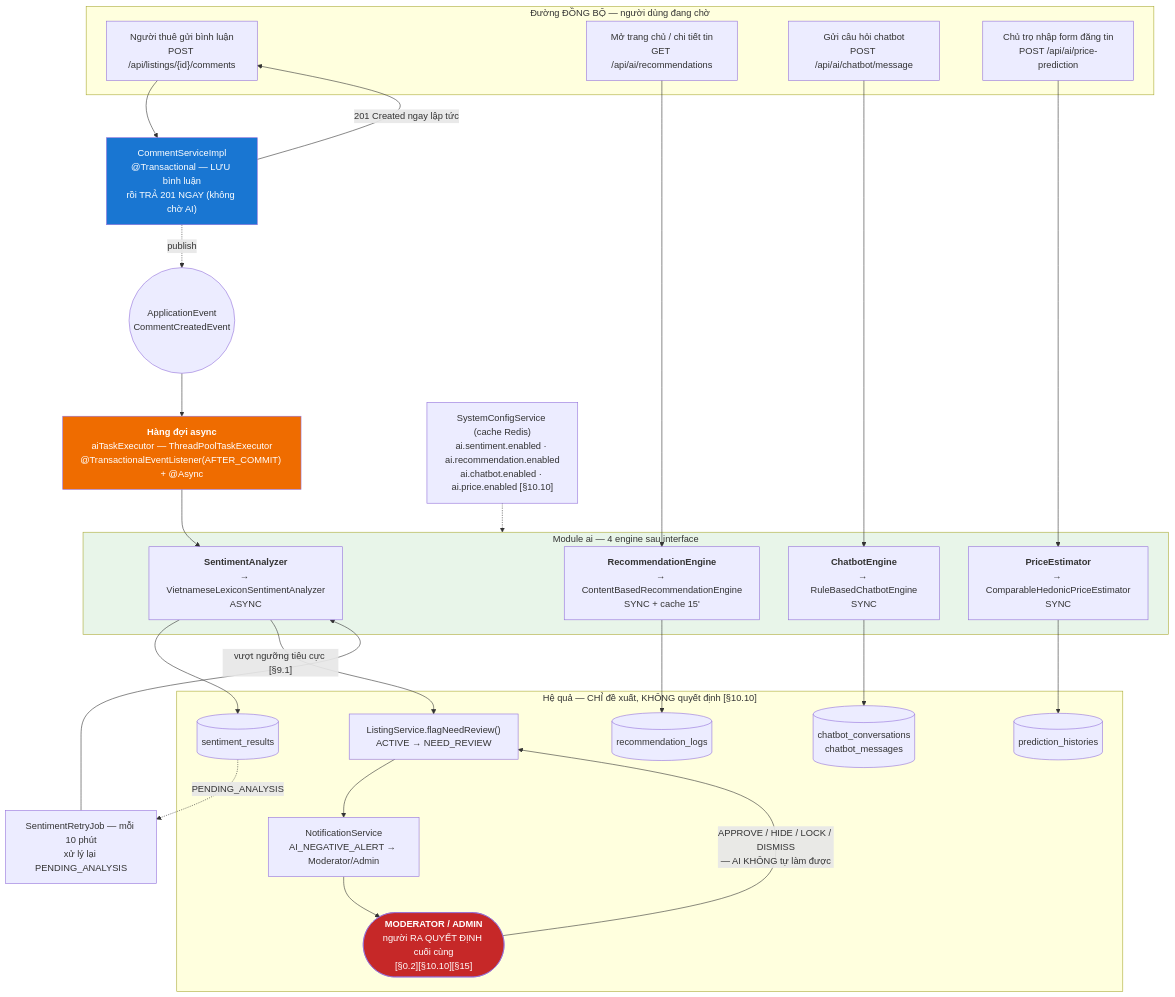
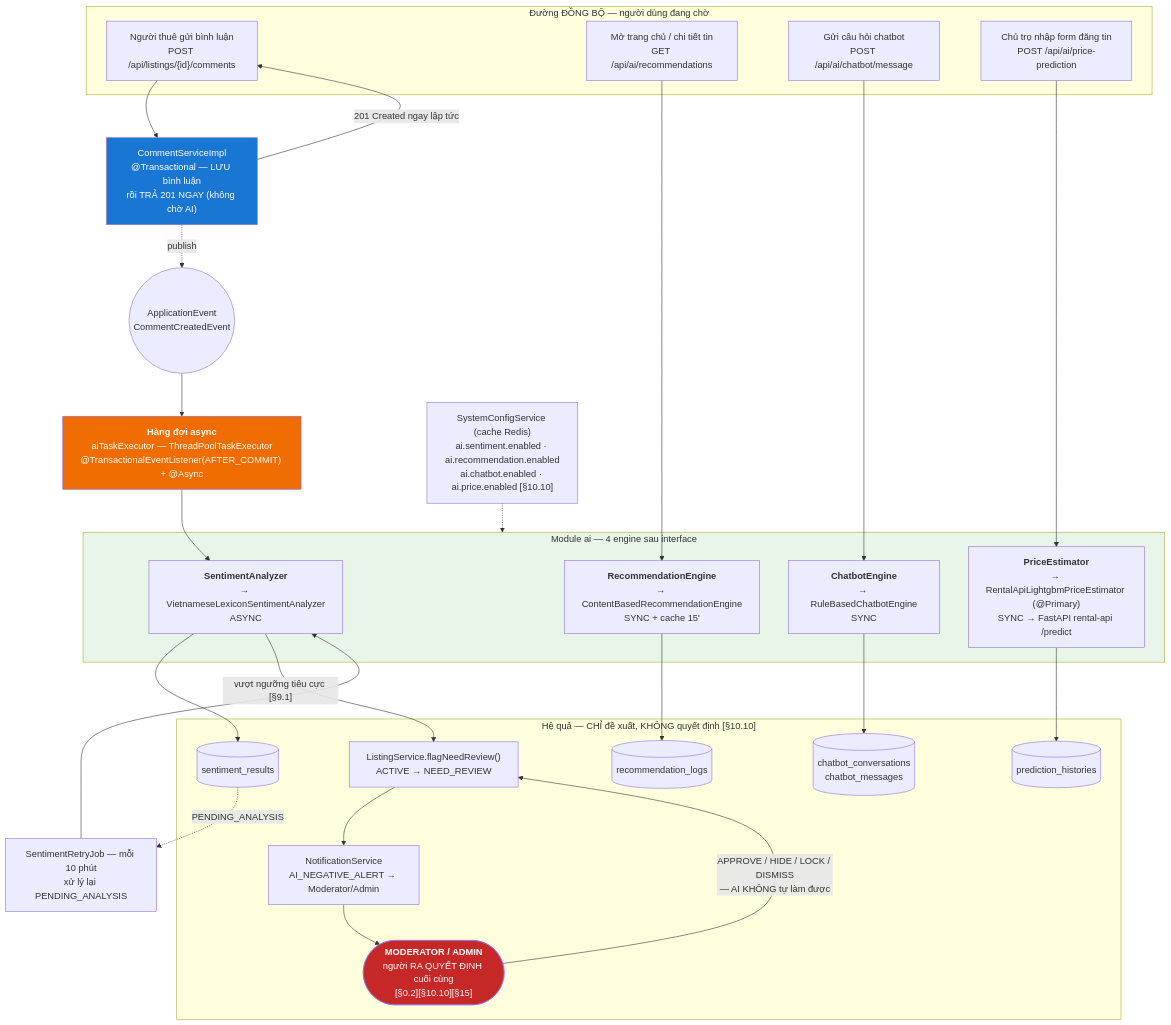
Before and after one commit to hoanxsyp/DoAnTotNghiep_Web: the tenth of 14 diagrams in DOANTOTNGHIEP/docs/01_KIEN_TRUC_HE_THONG.md, drawn with Mermaid. The commit also changed other lines of this file and 17 other files, not shown here.

````diff
--- a/DOANTOTNGHIEP/docs/01_KIEN_TRUC_HE_THONG.md
+++ b/DOANTOTNGHIEP/docs/01_KIEN_TRUC_HE_THONG.md
@@ -1322,60 +1322,60 @@
 ```mermaid
 graph TB
     subgraph SYNC["Đường ĐỒNG BỘ — người dùng đang chờ"]
         UI1["Người thuê gửi bình luận<br/>POST /api/listings/{id}/comments"]
         UI2["Mở trang chủ / chi tiết tin<br/>GET /api/ai/recommendations"]
         UI3["Gửi câu hỏi chatbot<br/>POST /api/ai/chatbot/message"]
         UI4["Chủ trọ nhập form đăng tin<br/>POST /api/ai/price-prediction"]
     end
 
     CS["CommentServiceImpl<br/>@Transactional — LƯU bình luận<br/>rồi TRẢ 201 NGAY (không chờ AI)"]
     EV(("ApplicationEvent<br/>CommentCreatedEvent"))
     Q["<b>Hàng đợi async</b><br/>aiTaskExecutor — ThreadPoolTaskExecutor<br/>@TransactionalEventListener(AFTER_COMMIT) + @Async"]
 
     subgraph AIMOD["Module ai — 4 engine sau interface"]
         SA["<b>SentimentAnalyzer</b><br/>→ VietnameseLexiconSentimentAnalyzer<br/>ASYNC"]
         RE["<b>RecommendationEngine</b><br/>→ ContentBasedRecommendationEngine<br/>SYNC + cache 15'"]
         CB["<b>ChatbotEngine</b><br/>→ RuleBasedChatbotEngine<br/>SYNC"]
-        PE["<b>PriceEstimator</b><br/>→ ComparableHedonicPriceEstimator<br/>SYNC"]
+        PE["<b>PriceEstimator</b><br/>→ RentalApiLightgbmPriceEstimator (@Primary)<br/>SYNC → FastAPI rental-api /predict"]
     end
 
     subgraph OUT["Hệ quả — CHỈ đề xuất, KHÔNG quyết định [§10.10]"]
         SR[("sentiment_results")]
         RL[("recommendation_logs")]
         PH[("prediction_histories")]
         CC[("chatbot_conversations<br/>chatbot_messages")]
         FLAG["ListingService.flagNeedReview()<br/>ACTIVE → NEED_REVIEW"]
         NOTI["NotificationService<br/>AI_NEGATIVE_ALERT → Moderator/Admin"]
         HUMAN(["<b>MODERATOR / ADMIN</b><br/>người RA QUYẾT ĐỊNH cuối cùng<br/>[§0.2][§10.10][§15]"])
     end
 
     RETRY["SentimentRetryJob — mỗi 10 phút<br/>xử lý lại PENDING_ANALYSIS"]
     CFG["SystemConfigService (cache Redis)<br/>ai.sentiment.enabled · ai.recommendation.enabled<br/>ai.chatbot.enabled · ai.price.enabled [§10.10]"]
 
     UI1 --> CS
     CS -->|"201 Created ngay lập tức"| UI1
     CS -.->|publish| EV
     EV --> Q
     Q --> SA
     UI2 --> RE
     UI3 --> CB
     UI4 --> PE
 
     SA --> SR
     RE --> RL
     CB --> CC
     PE --> PH
     SA -->|"vượt ngưỡng tiêu cực [§9.1]"| FLAG
     FLAG --> NOTI
     NOTI --> HUMAN
     HUMAN -->|"APPROVE / HIDE / LOCK / DISMISS<br/>— AI KHÔNG tự làm được"| FLAG
 
     SR -.->|"PENDING_ANALYSIS"| RETRY
     RETRY --> SA
     CFG -.-> AIMOD
 
     style HUMAN fill:#c62828,color:#fff
     style Q fill:#ef6c00,color:#fff
     style CS fill:#1976d2,color:#fff
     style AIMOD fill:#e8f5e9
 ```
````
